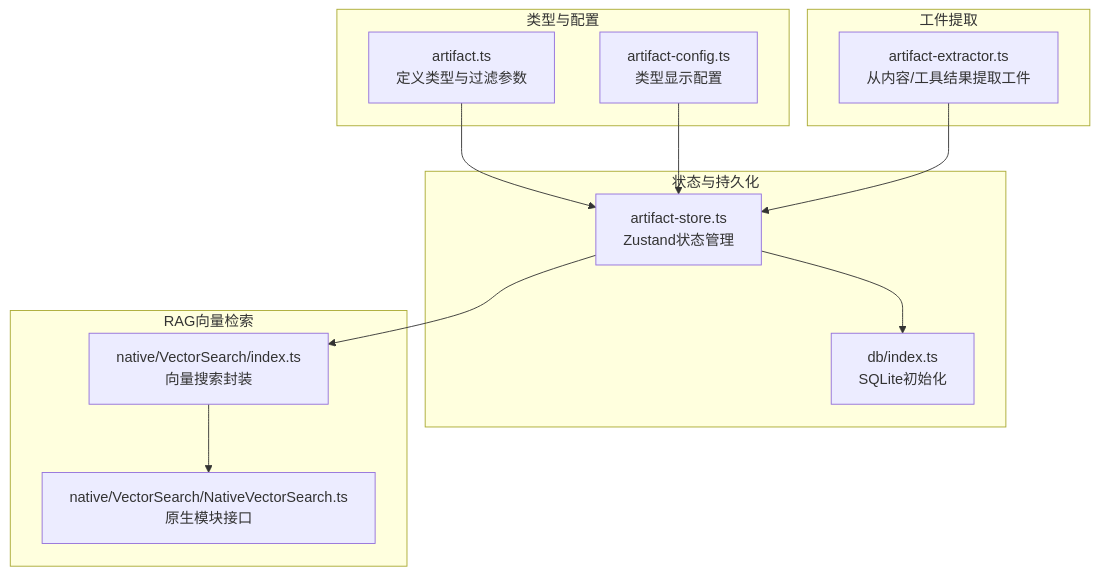
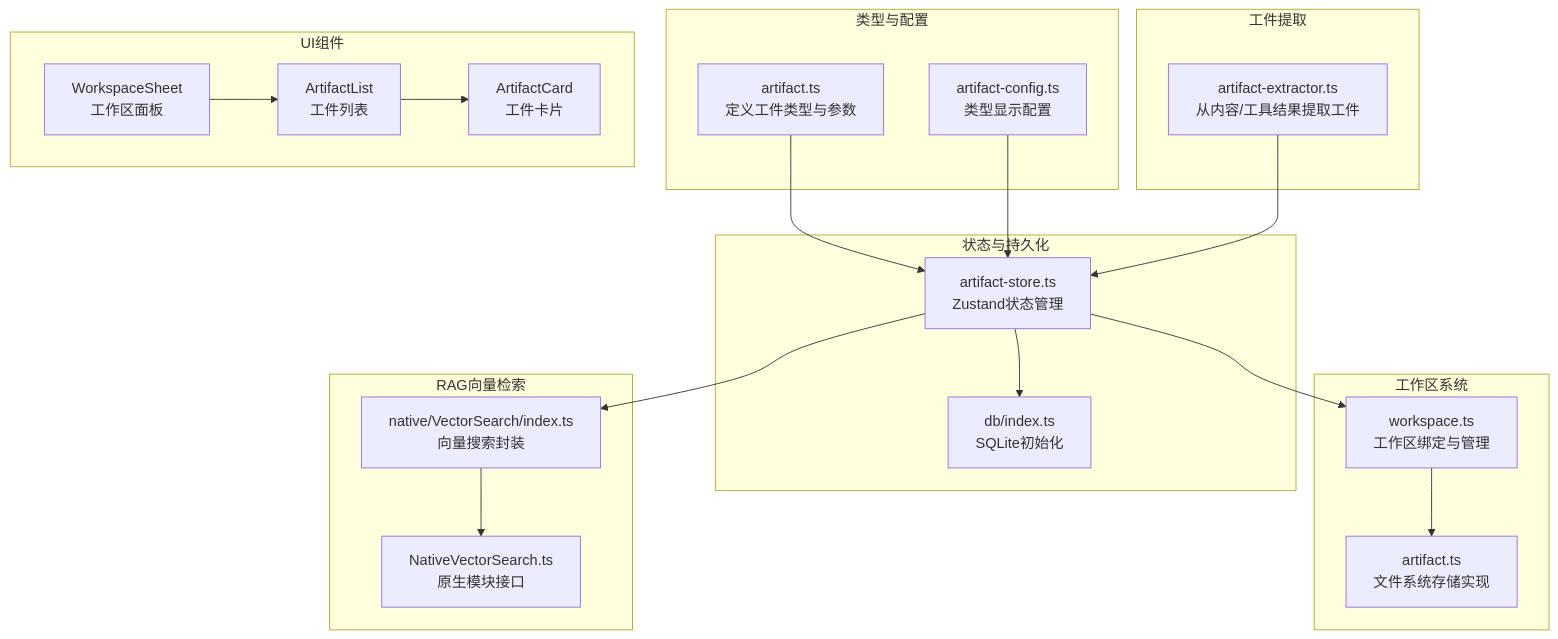
Before and after one commit to NarcisWL/Nexara: the first of 9 diagrams in .qoder/repowiki/zh/content/状态管理/工件状态管理.md, drawn with Mermaid. The commit also changed other lines of this file and 43 other files, not shown here.

Commit message:
feat(rag): implement KG JIT Micro-Graph pipeline and consolidate documentation

````diff
--- a/.qoder/repowiki/zh/content/状态管理/工件状态管理.md
+++ b/.qoder/repowiki/zh/content/状态管理/工件状态管理.md
@@ -41,24 +51,37 @@
 ```mermaid
 graph TB
 subgraph "类型与配置"
-T1["artifact.ts<br/>定义类型与过滤参数"]
+T1["artifact.ts<br/>定义工件类型与参数"]
 T2["artifact-config.ts<br/>类型显示配置"]
 end
 subgraph "状态与持久化"
 S1["artifact-store.ts<br/>Zustand状态管理"]
 D1["db/index.ts<br/>SQLite初始化"]
 end
 subgraph "工件提取"
 E1["artifact-extractor.ts<br/>从内容/工具结果提取工件"]
 end
+subgraph "工作区系统"
+W1["workspace.ts<br/>工作区绑定与管理"]
+W2["artifact.ts<br/>文件系统存储实现"]
+end
+subgraph "UI组件"
+U1["WorkspaceSheet<br/>工作区面板"]
+U2["ArtifactList<br/>工件列表"]
+U3["ArtifactCard<br/>工件卡片"]
+end
 subgraph "RAG向量检索"
 V1["native/VectorSearch/index.ts<br/>向量搜索封装"]
-V2["native/VectorSearch/NativeVectorSearch.ts<br/>原生模块接口"]
+V2["NativeVectorSearch.ts<br/>原生模块接口"]
 end
 T1 --> S1
 T2 --> S1
 S1 --> D1
 E1 --> S1
+S1 --> W1
+W1 --> W2
+U1 --> U2
+U2 --> U3
 S1 --> V1
 V1 --> V2
 ```
````
